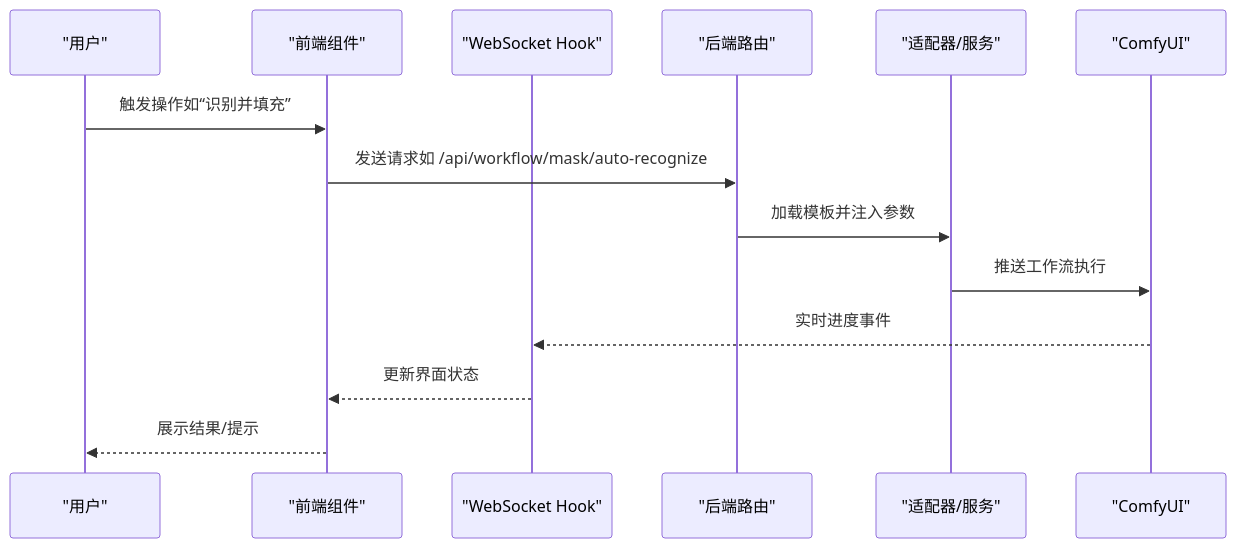
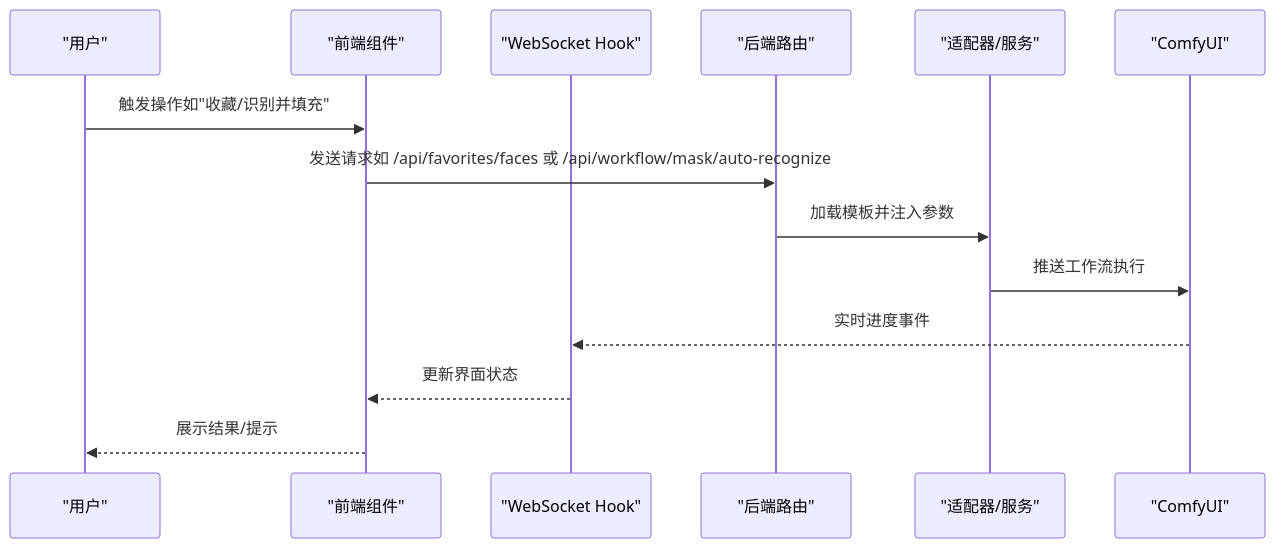
The second of 8 diagrams in .qoder/repowiki/zh/content/专业功能/专业功能.md (billye220670/CorineKit_Pix2Real), drawn with Mermaid before and after one commit. The commit also changed other lines of this file and 73 other files, not shown here.

````diff
--- a/.qoder/repowiki/zh/content/专业功能/专业功能.md
+++ b/.qoder/repowiki/zh/content/专业功能/专业功能.md
@@ -84,16 +95,16 @@
 ```mermaid
 sequenceDiagram
 participant U as "用户"
 participant UI as "前端组件"
 participant WS as "WebSocket Hook"
 participant API as "后端路由"
 participant AD as "适配器/服务"
 participant C as "ComfyUI"
-U->>UI : 触发操作如“识别并填充”
-UI->>API : 发送请求如 /api/workflow/mask/auto-recognize
+U->>UI : 触发操作如"收藏/识别并填充"
+UI->>API : 发送请求如 /api/favorites/faces 或 /api/workflow/mask/auto-recognize
 API->>AD : 加载模板并注入参数
 AD->>C : 推送工作流执行
 C-->>WS : 实时进度事件
 WS-->>UI : 更新界面状态
 UI-->>U : 展示结果/提示
 ```
````
